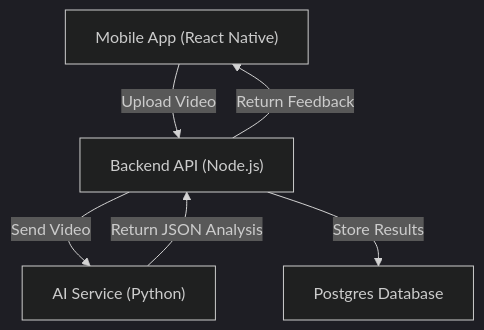
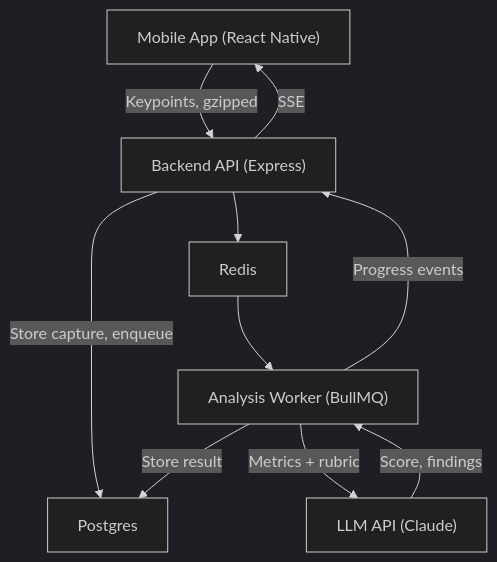
The diagram in docs/architecture.md (BenAgami/cali-ai), drawn with Mermaid (dark theme) before and after one commit. The commit also changed other lines of this file and 4 other files, not shown here.

Commit message:
docs: switch architecture to on-device pose and keypoints

````diff
--- a/docs/architecture.md
+++ b/docs/architecture.md
@@ -16,13 +17,19 @@
 ```mermaid
 flowchart TD
     Mobile["Mobile App (React Native)"]
-    Backend["Backend API (Node.js)"]
-    AI["AI Service (Python)"]
-    DB["Postgres Database"]
+    API["Backend API (Express)"]
+    Worker["Analysis Worker (BullMQ)"]
+    LLM["LLM API (Claude)"]
+    DB["Postgres"]
+    Redis["Redis"]
 
-    Mobile -->|Upload Video| Backend
-    Backend -->|Send Video| AI
-    AI -->|Return JSON Analysis| Backend
-    Backend -->|Store Results| DB
-    Backend -->|Return Feedback| Mobile
+    Mobile -->|"Keypoints, gzipped"| API
+    API -->|"Store capture, enqueue"| DB
+    API --> Redis
+    Redis --> Worker
+    Worker -->|"Metrics + rubric"| LLM
+    LLM -->|"Score, findings"| Worker
+    Worker -->|"Store result"| DB
+    Worker -->|"Progress events"| API
+    API -->|"SSE"| Mobile
 ```
````
